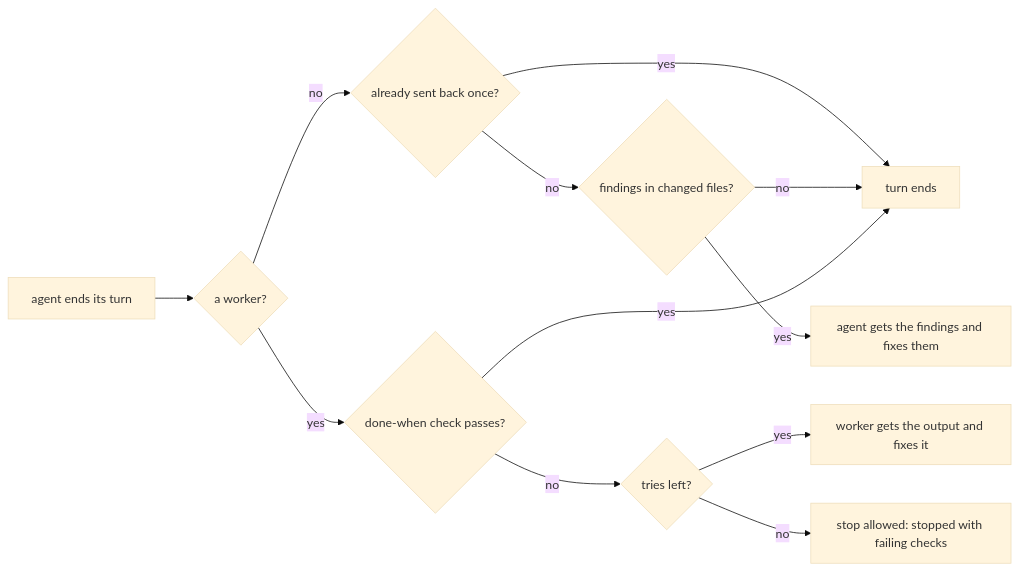
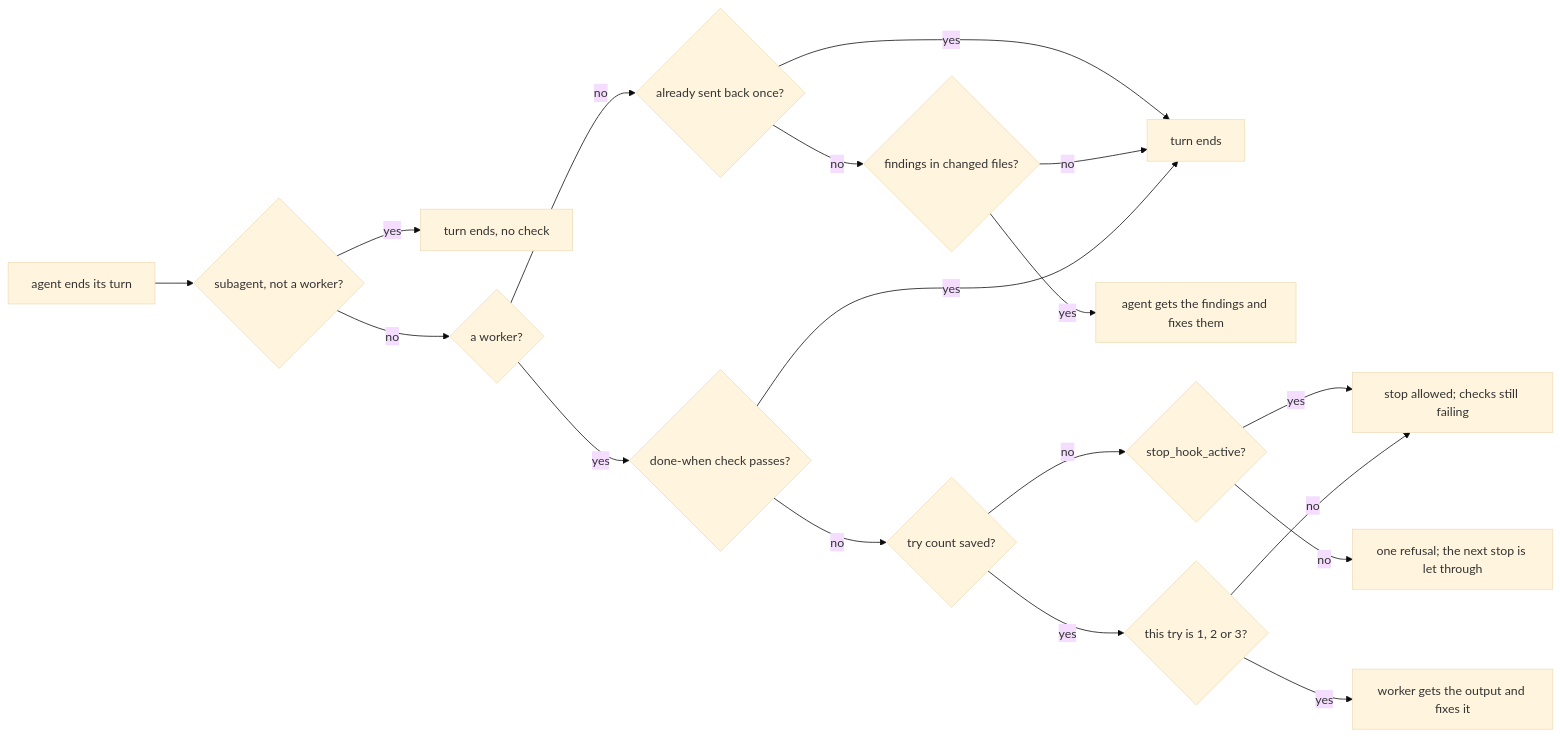
One commit to coo1white/yokoten changed the second of 3 diagrams in docs/guide.md. Above: the diagram before and after it, drawn with Mermaid (base theme). The commit also changed other lines of this file and 19 other files, not shown here.

First line of the commit message:
fix: let a worker stop when the check cannot be counted

````diff
--- a/docs/guide.md
+++ b/docs/guide.md
@@ -948,14 +950,20 @@
 ```mermaid
 flowchart LR
-  S["agent ends its turn"] --> W{"a worker?"}
+  S["agent ends its turn"] --> U{"subagent, not a worker?"}
+  U -- yes --> N["turn ends, no check"]
+  U -- no --> W{"a worker?"}
   W -- no --> A{"already sent back once?"}
   A -- yes --> E["turn ends"]
   A -- no --> C{"findings in changed files?"}
   C -- no --> E
   C -- yes --> B["agent gets the findings and fixes them"]
   W -- yes --> D{"done-when check passes?"}
   D -- yes --> E
-  D -- no --> T{"tries left?"}
-  T -- yes --> F["worker gets the output and fixes it"]
-  T -- no --> X["stop allowed: stopped with failing checks"]
+  D -- no --> K{"try count saved?"}
+  K -- no --> H{"stop_hook_active?"}
+  H -- yes --> X["stop allowed; checks still failing"]
+  H -- no --> F["one refusal; the next stop is let through"]
+  K -- yes --> T{"this try is 1, 2 or 3?"}
+  T -- yes --> F2["worker gets the output and fixes it"]
+  T -- no --> X
 ```
````
